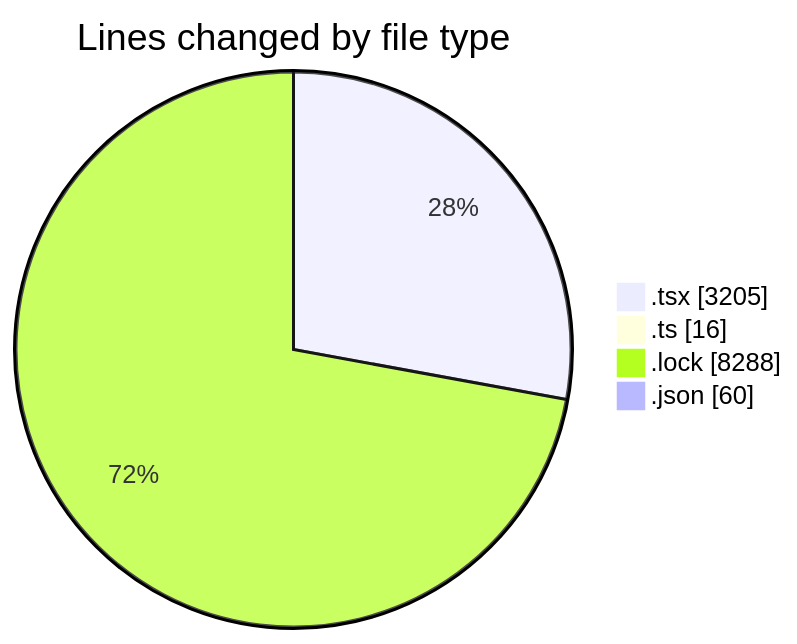
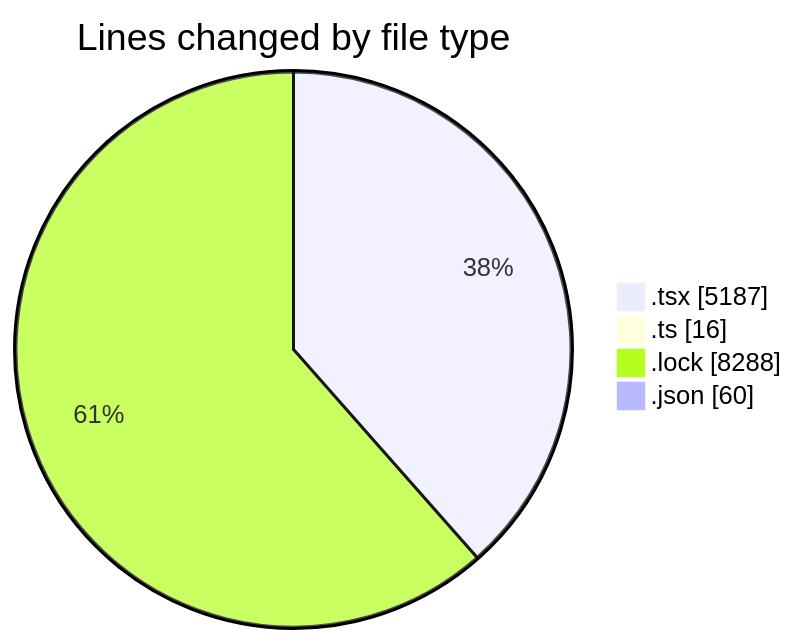
The first of 2 diagrams in 2025-11-07/cda/README.md (momahboobian/code-tracking), drawn with Mermaid before and after one commit. The commit also changed other lines of this file and 1 other file, not shown here.

````diff
--- a/2025-11-07/cda/README.md
+++ b/2025-11-07/cda/README.md
@@ -26,8 +27,8 @@
 ```mermaid
 pie showData
 title Lines changed by file type
-".tsx" : 3205
+".tsx" : 5187
 ".ts" : 16
 ".lock" : 8288
 ".json" : 60
 ```
````
